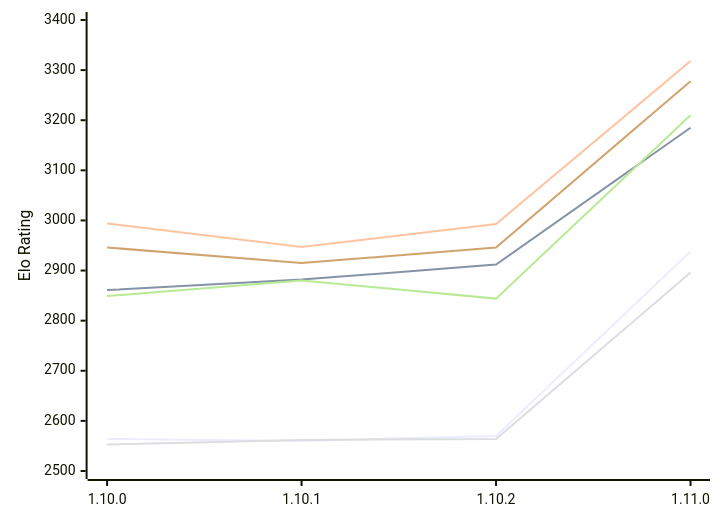
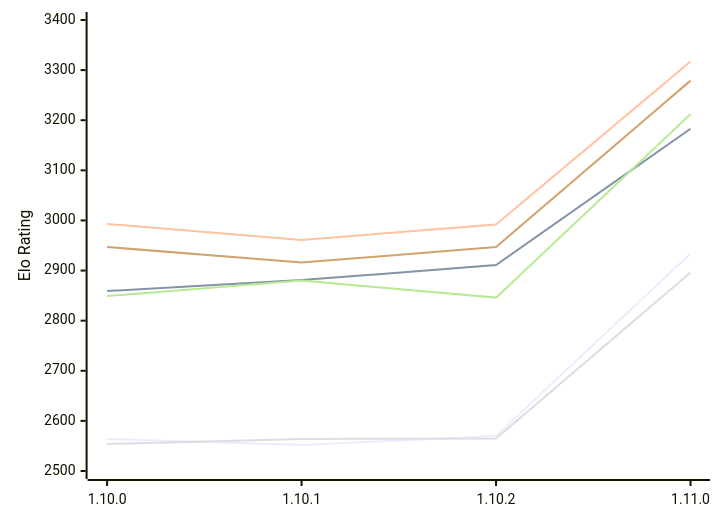
The first of 2 diagrams in engines/Basilisk.md (computer-chess-index/cci), drawn with Mermaid before and after one commit. The commit also changed other lines of this file, not shown here.

Commit message:
Update CCI Ratings (ELO VLTC) - 2026-11-28

````diff
--- a/engines/Basilisk.md
+++ b/engines/Basilisk.md
@@ -65,12 +65,12 @@
 ```mermaid
 %%{init: {"theme":"base","themeVariables":{"seriesColors:['#a3a3a3','#222221','#faa371']}}}%%
 xychart-beta
   x-axis ["1.10.0", "1.10.1", "1.10.2", "1.11.0"]
   y-axis "Elo Rating" 2500 --> 3400
-  line "E1: STC (8.0+0.08s)" [2564, 2560, 2570, 2938]
-  line "E1: LTC (60.0+0.60s)" [2861, 2882, 2912, 3185]
-  line "E1: VLTC (2m24s+1.12s)" [2994, 2947, 2993, 3318]
-  line "P1: STC (8.0+0.08s)" [2553, 2562, 2564, 2896]
-  line "P1: LTC (60.0+0.60s)" [2849, 2880, 2844, 3210]
-  line "P1: VLTC (2m24s+1.12s)" [2946, 2915, 2946, 3278]
+  line "E1: STC (8.0+0.08s)" [2564, 2552, 2570, 2934]
+  line "E1: LTC (60.0+0.60s)" [2859, 2881, 2911, 3183]
+  line "E1: VLTC (2m24s+1.12s)" [2993, 2961, 2992, 3317]
+  line "P1: STC (8.0+0.08s)" [2554, 2564, 2565, 2896]
+  line "P1: LTC (60.0+0.60s)" [2849, 2880, 2846, 3212]
+  line "P1: VLTC (2m24s+1.12s)" [2947, 2916, 2947, 3279]
 ```
````
